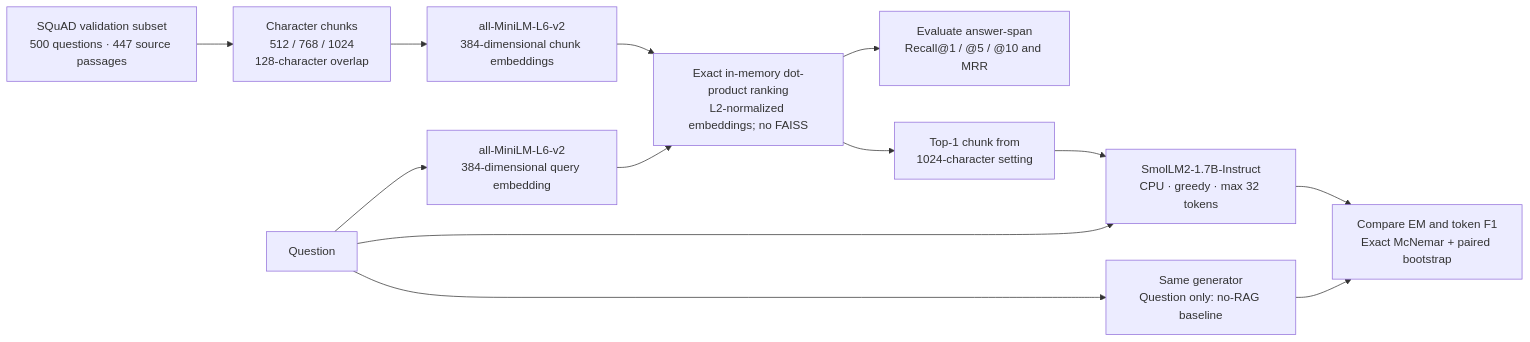
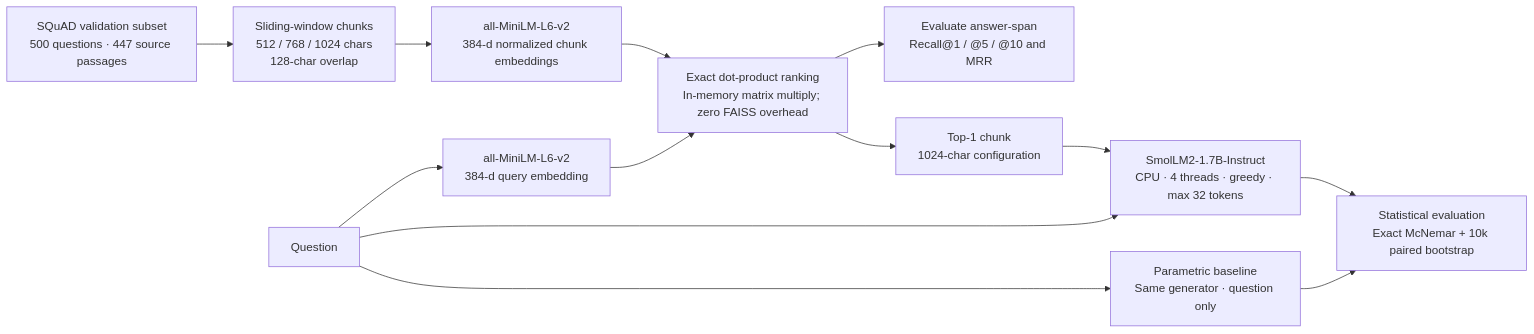
One commit to Hasnain006-nain/TinyRAG changed the diagram in README.md. Above: the diagram before and after it, drawn with Mermaid. The commit also changed other lines of this file, not shown here.

````diff
--- a/README.md
+++ b/README.md
@@ -40,15 +60,15 @@
 ```mermaid
 flowchart LR
-    A["SQuAD validation subset<br/>500 questions · 447 source passages"] --> B["Character chunks<br/>512 / 768 / 1024<br/>128-character overlap"]
-    B --> C["all-MiniLM-L6-v2<br/>384-dimensional chunk embeddings"]
-    Q["Question"] --> QE["all-MiniLM-L6-v2<br/>384-dimensional query embedding"]
-    C --> R["Exact in-memory dot-product ranking<br/>L2-normalized embeddings; no FAISS"]
+    A["SQuAD validation subset<br/>500 questions · 447 source passages"] --> B["Sliding-window chunks<br/>512 / 768 / 1024 chars<br/>128-char overlap"]
+    B --> C["all-MiniLM-L6-v2<br/>384-d normalized chunk embeddings"]
+    Q["Question"] --> QE["all-MiniLM-L6-v2<br/>384-d query embedding"]
+    C --> R["Exact dot-product ranking<br/>In-memory matrix multiply; zero FAISS overhead"]
     QE --> R
     R --> RM["Evaluate answer-span<br/>Recall@1 / @5 / @10 and MRR"]
-    R --> K["Top-1 chunk from<br/>1024-character setting"]
-    K --> G["SmolLM2-1.7B-Instruct<br/>CPU · greedy · max 32 tokens"]
+    R --> K["Top-1 chunk<br/>1024-char configuration"]
+    K --> G["SmolLM2-1.7B-Instruct<br/>CPU · 4 threads · greedy · max 32 tokens"]
     Q --> G
-    Q --> N["Same generator<br/>Question only: no-RAG baseline"]
-    G --> E["Compare EM and token F1<br/>Exact McNemar + paired bootstrap"]
+    Q --> N["Parametric baseline<br/>Same generator · question only"]
+    G --> E["Statistical evaluation<br/>Exact McNemar + 10k paired bootstrap"]
     N --> E
 ```
````
